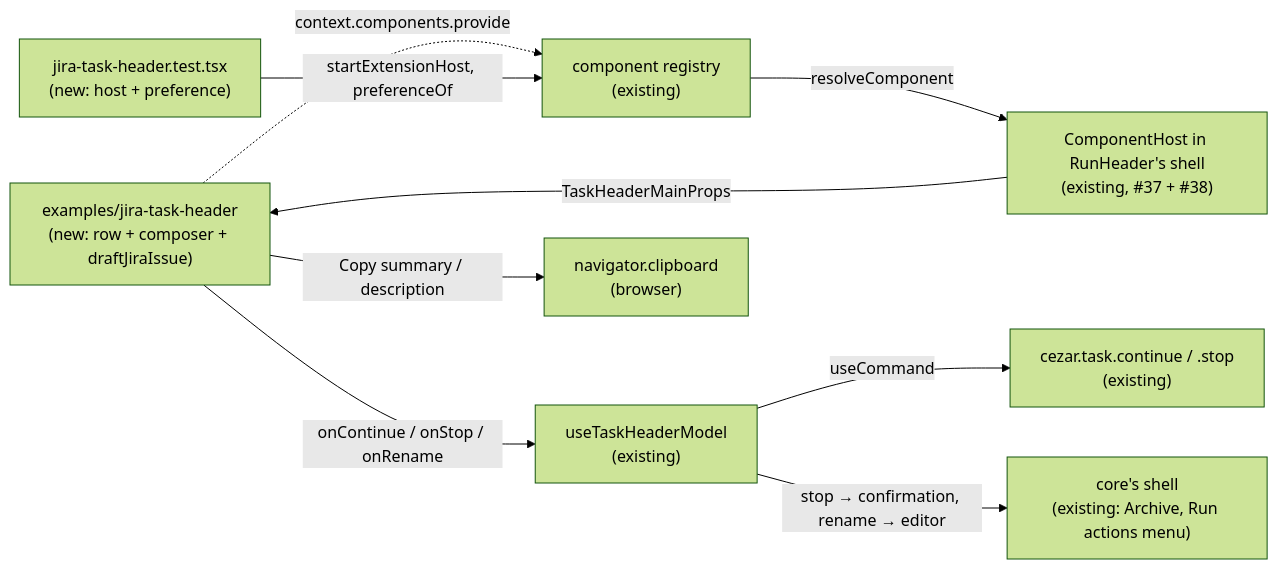
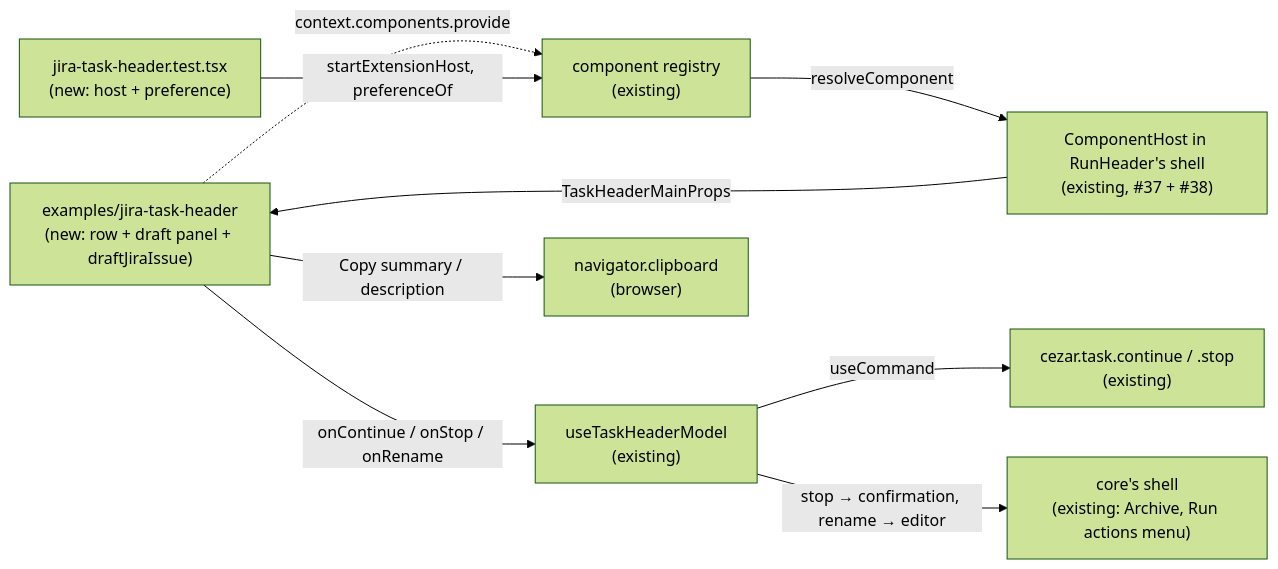
One commit to DarrenStasiakDev4You/cezar-hackathon-ale-patryk-nazywa-go-brutusem changed the diagram in .ai/specs/2026-09-19-custom-task-header-extension.md. Above: the diagram before and after it, drawn with Mermaid (forest theme). The commit also changed other lines of this file and 5 other files, not shown here.

First line of the commit message:
docs(specs): apply the owner's answers to custom-task-header-extension

````diff
--- a/.ai/specs/2026-09-19-custom-task-header-extension.md
+++ b/.ai/specs/2026-09-19-custom-task-header-extension.md
@@ -149,11 +169,11 @@
 ```mermaid
 flowchart LR
-  ex["examples/jira-task-header<br/>(new: row + composer + draftJiraIssue)"] -.->|"context.components.provide"| reg["component registry<br/>(existing)"]
+  ex["examples/jira-task-header<br/>(new: row + draft panel + draftJiraIssue)"] -.->|"context.components.provide"| reg["component registry<br/>(existing)"]
   test["jira-task-header.test.tsx<br/>(new: host + preference)"] -->|"startExtensionHost, preferenceOf"| reg
   reg -->|"resolveComponent"| host["ComponentHost in RunHeader's shell<br/>(existing, #37 + #38)"]
   host -->|"TaskHeaderMainProps"| ex
   ex -->|"onContinue / onStop / onRename"| model["useTaskHeaderModel<br/>(existing)"]
   model -->|"useCommand"| cmds["cezar.task.continue / .stop<br/>(existing)"]
   model -->|"stop → confirmation, rename → editor"| shell["core's shell<br/>(existing: Archive, Run actions menu)"]
   ex -->|"Copy summary / description"| clip["navigator.clipboard<br/>(browser)"]
 ```
````
